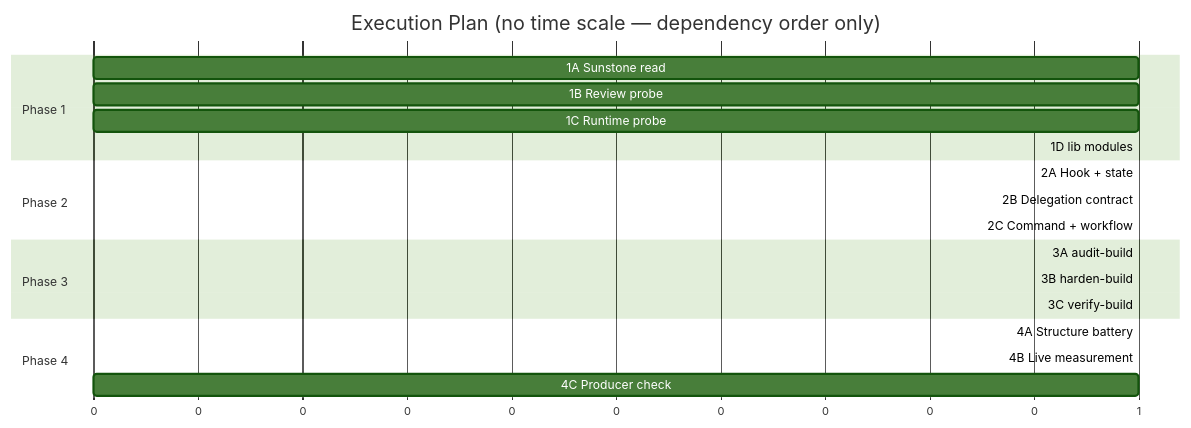
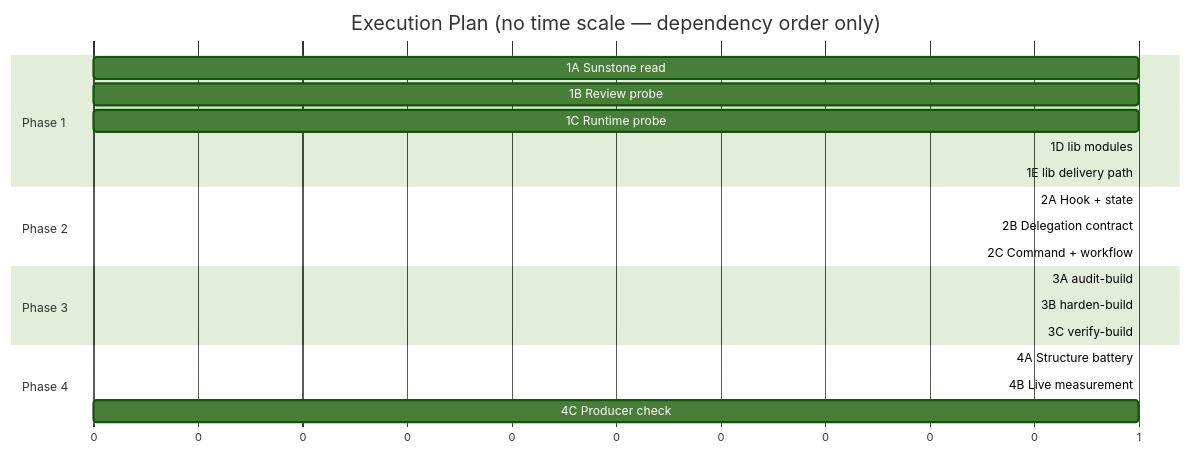
The third of 3 diagrams in docs/TRD/implement-trd-rework.md (FortiumPartners/ensemble-vnext), drawn with Mermaid (forest theme) before and after one commit. The commit also changed other lines of this file and 2 other files, not shown here.

````diff
--- a/docs/TRD/implement-trd-rework.md
+++ b/docs/TRD/implement-trd-rework.md
@@ -701,27 +796,28 @@
 ```mermaid
 gantt
     title Execution Plan (no time scale — dependency order only)
     dateFormat X
     axisFormat %s
 
     section Phase 1
     1A Sunstone read      : p1a, 0, 1
     1B Review probe       : p1b, 0, 1
     1C Runtime probe      : p1c, 0, 1
     1D lib modules        : p1d, after p1a, 1
+    1E lib delivery path  : p1e, after p1d, 1
 
     section Phase 2
-    2A Hook + state       : p2a, after p1d, 1
-    2B Delegation contract: p2b, after p1d, 1
+    2A Hook + state       : p2a, after p1e, 1
+    2B Delegation contract: p2b, after p1e, 1
     2C Command + workflow : p2c, after p2a p2b p1b p1c, 1
 
     section Phase 3
     3A audit-build        : p3a, after p2c, 1
     3B harden-build       : p3b, after p3a, 1
     3C verify-build       : p3c, after p3a, 1
 
     section Phase 4
     4A Structure battery  : p4a, after p3b p3c, 1
     4B Live measurement   : p4b, after p3b p3c, 1
     4C Producer check     : p4c, 0, 1
 ```
````
